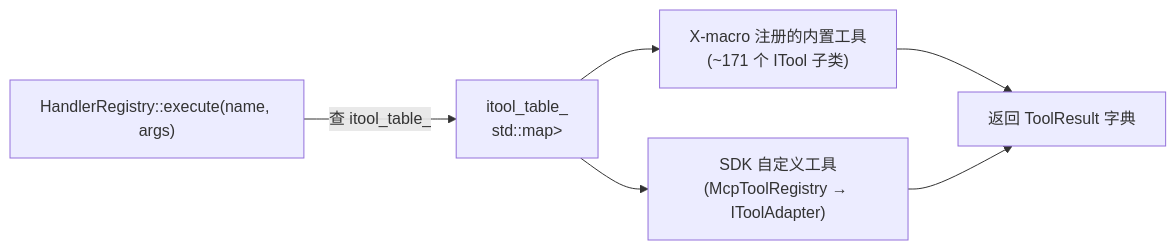
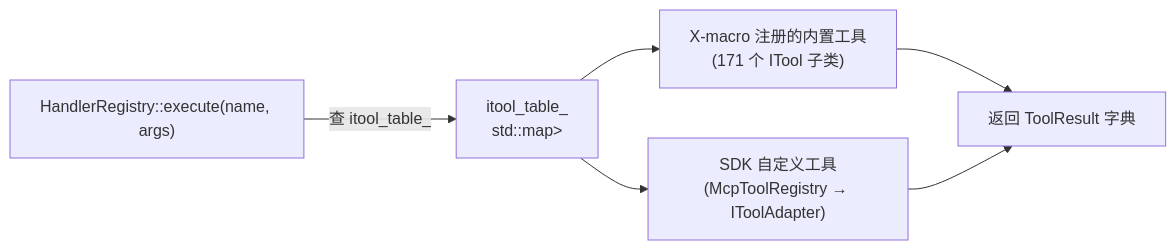
The second of 2 diagrams in .repo_wiki/modules/command-routing.md (jesspig/GodotMCP-GDExtension), drawn with Mermaid before and after one commit. The commit also changed other lines of this file and 12 other files, not shown here.

````diff
--- a/.repo_wiki/modules/command-routing.md
+++ b/.repo_wiki/modules/command-routing.md
@@ -34,13 +34,13 @@
 ```mermaid
 flowchart LR
     REG["HandlerRegistry::execute(name, args)"]
     ITBL["itool_table_<br/>std::map<String, unique_ptr<ITool>>"]
-    BUILTIN["X-macro 注册的内置工具<br/>(~171 个 ITool 子类)"]
+    BUILTIN["X-macro 注册的内置工具<br/>(171 个 ITool 子类)"]
     SDK["SDK 自定义工具<br/>(McpToolRegistry → IToolAdapter)"]
     RES["返回 ToolResult 字典"]
     REG -->|"查 itool_table_"| ITBL
     ITBL --> BUILTIN
     ITBL --> SDK
     BUILTIN --> RES
     SDK --> RES
 ```
````
